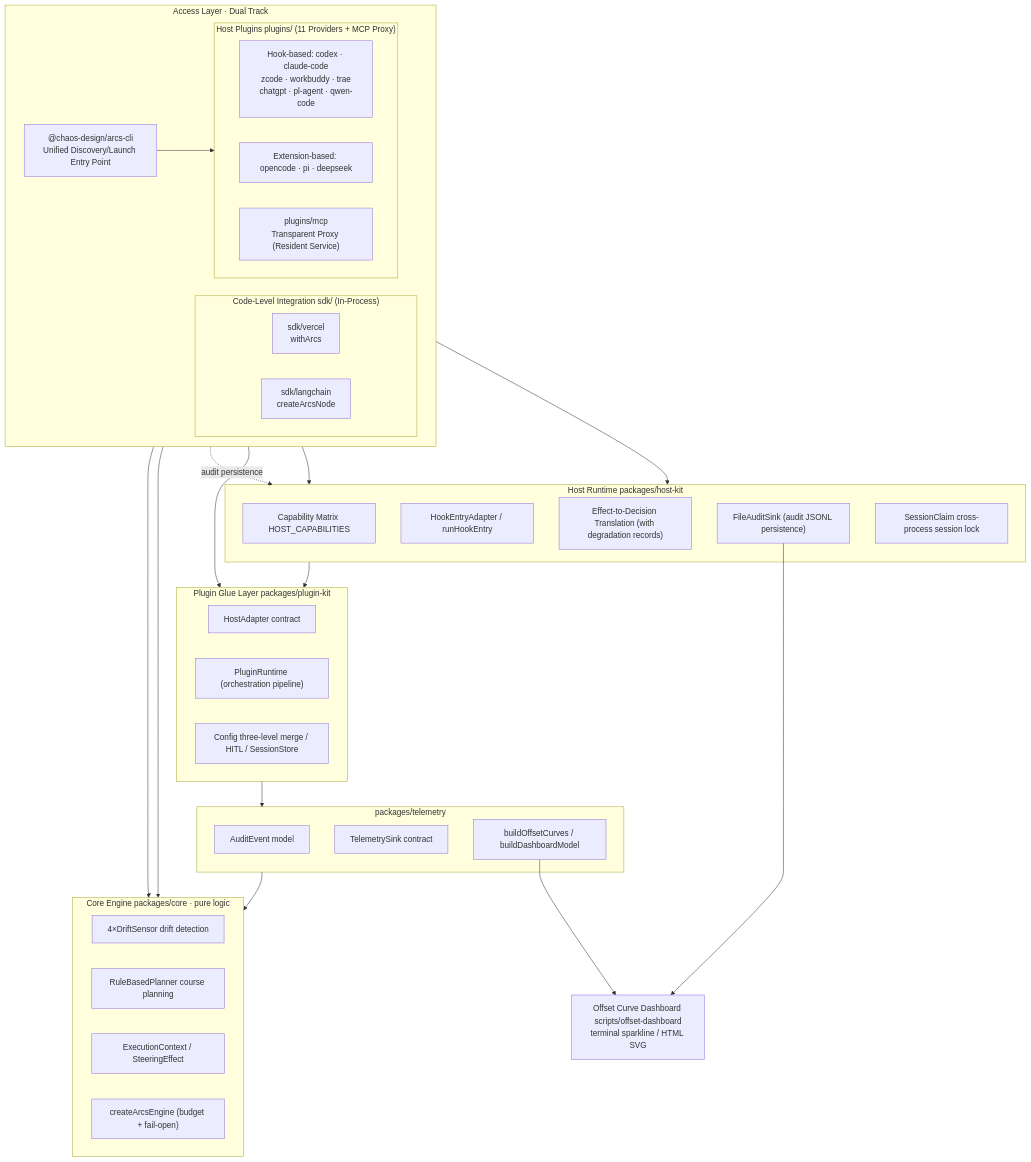
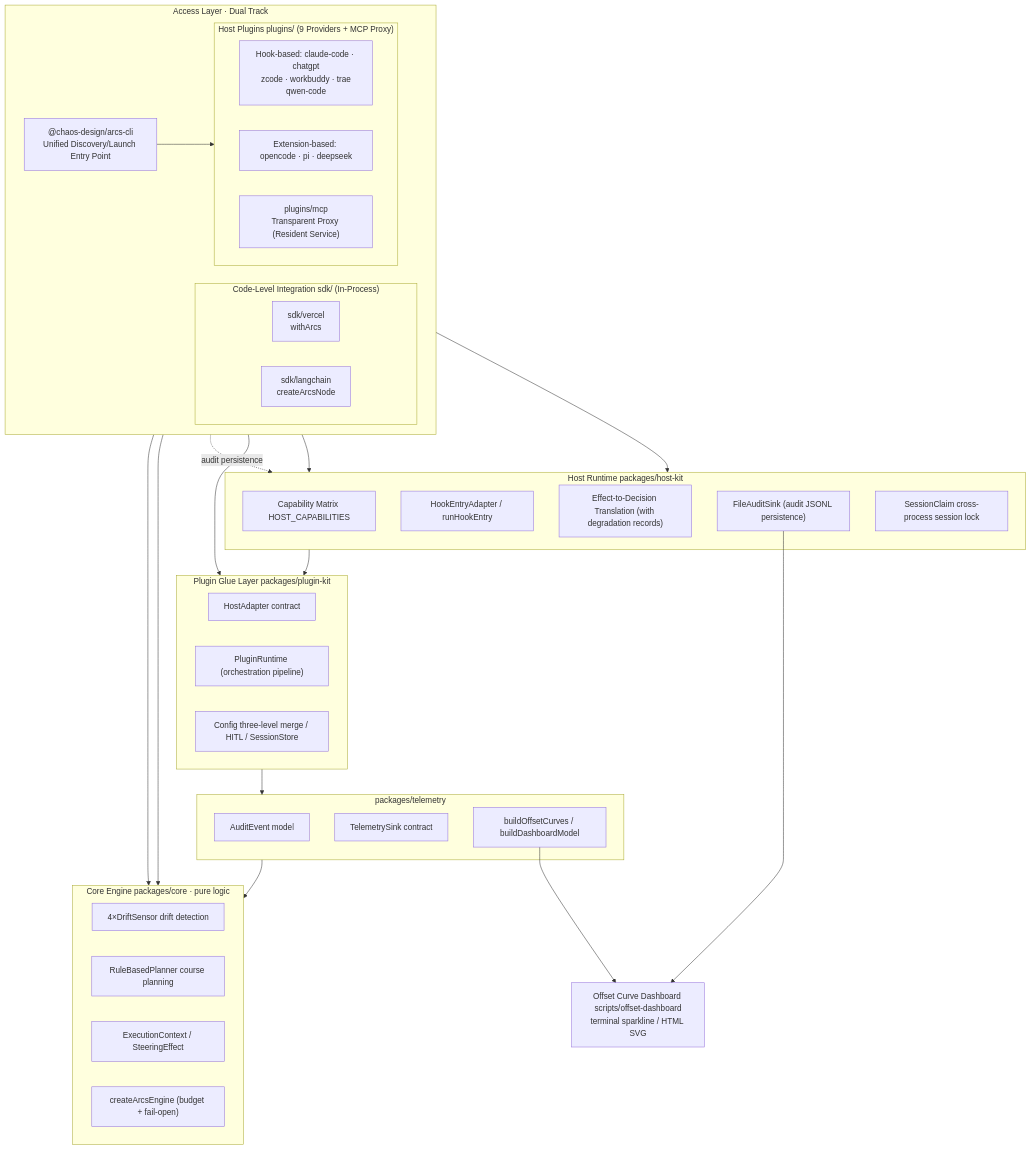
One commit to chaos-design/arcs changed the first of 3 diagrams in docs/en/architecture.md. Above: the diagram before and after it, drawn with Mermaid. The commit also changed other lines of this file and 64 other files, not shown here.

First line of the commit message:
refactor(plugins): OpenAI 宿主统一为 chatgpt、Pi 宿主统一为 pi

````diff
--- a/docs/en/architecture.md
+++ b/docs/en/architecture.md
@@ -23,54 +23,54 @@
 ```mermaid
 flowchart TB
   subgraph L1["Access Layer · Dual Track"]
     direction LR
     subgraph SDK["Code-Level Integration sdk/ (In-Process)"]
       SV["sdk/vercel<br/>withArcs"]
       SL["sdk/langchain<br/>createArcsNode"]
     end
-    subgraph PL["Host Plugins plugins/ (11 Providers + MCP Proxy)"]
+    subgraph PL["Host Plugins plugins/ (9 Providers + MCP Proxy)"]
       direction LR
-      NATIVE["Hook-based: codex · claude-code<br/>zcode · workbuddy · trae<br/>chatgpt · pl-agent · qwen-code"]
+      NATIVE["Hook-based: claude-code · chatgpt<br/>zcode · workbuddy · trae<br/>qwen-code"]
       EXT["Extension-based: opencode · pi · deepseek"]
       MCPP["plugins/mcp<br/>Transparent Proxy (Resident Service)"]
     end
     CLI["@chaos-design/arcs-cli<br/>Unified Discovery/Launch Entry Point"]
   end
   subgraph HK["Host Runtime packages/host-kit"]
     CAP["Capability Matrix HOST_CAPABILITIES"]
     HOOK["HookEntryAdapter / runHookEntry"]
     DEC["Effect-to-Decision Translation (with degradation records)"]
     AUDIT["FileAuditSink (audit JSONL persistence)"]
     CLAIM["SessionClaim cross-process session lock"]
   end
   subgraph KIT["Plugin Glue Layer packages/plugin-kit"]
     HA["HostAdapter contract"]
     RT["PluginRuntime (orchestration pipeline)"]
     BR["Config three-level merge / HITL / SessionStore"]
   end
   subgraph TELE["packages/telemetry"]
     AE["AuditEvent model"]
     TS["TelemetrySink contract"]
     CURVE["buildOffsetCurves / buildDashboardModel"]
   end
   subgraph CORE["Core Engine packages/core · pure logic"]
     SENSE["4×DriftSensor drift detection"]
     PLAN["RuleBasedPlanner course planning"]
     MODEL["ExecutionContext / SteeringEffect"]
     ENG["createArcsEngine (budget + fail-open)"]
   end
   DASH["Offset Curve Dashboard scripts/offset-dashboard<br/>terminal sparkline / HTML SVG"]
 
   NATIVE --> HK
   EXT --> HK
   MCPP --> KIT
   MCPP -.audit persistence.-> HK
   HK --> KIT
   KIT --> TELE
   TELE --> CORE
   SV --> CORE
   SL --> CORE
   CLI --> MCPP
   AUDIT --> DASH
   CURVE --> DASH
 ```
````
